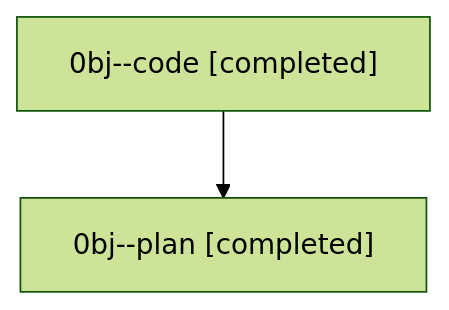
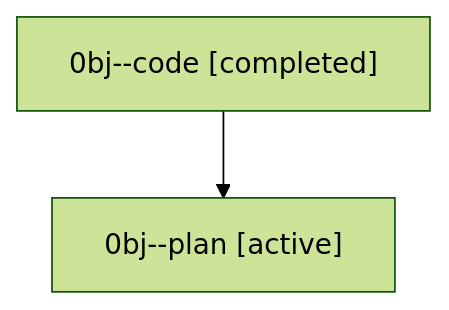
The diagram in families/bbugyi200.athena.0bj.md (sase-org/sase--agents), drawn with Mermaid (forest theme) before and after one commit. The commit also changed other lines of this file and 35830 other files, not shown here.

````diff
--- a/families/bbugyi200.athena.0bj.md
+++ b/families/bbugyi200.athena.0bj.md
@@ -9,6 +9,6 @@
 ```mermaid
 flowchart TD
   n0["0bj--code [completed]"]
-  n1["0bj--plan [completed]"]
+  n1["0bj--plan [active]"]
   n0 --> n1
 ```
````
